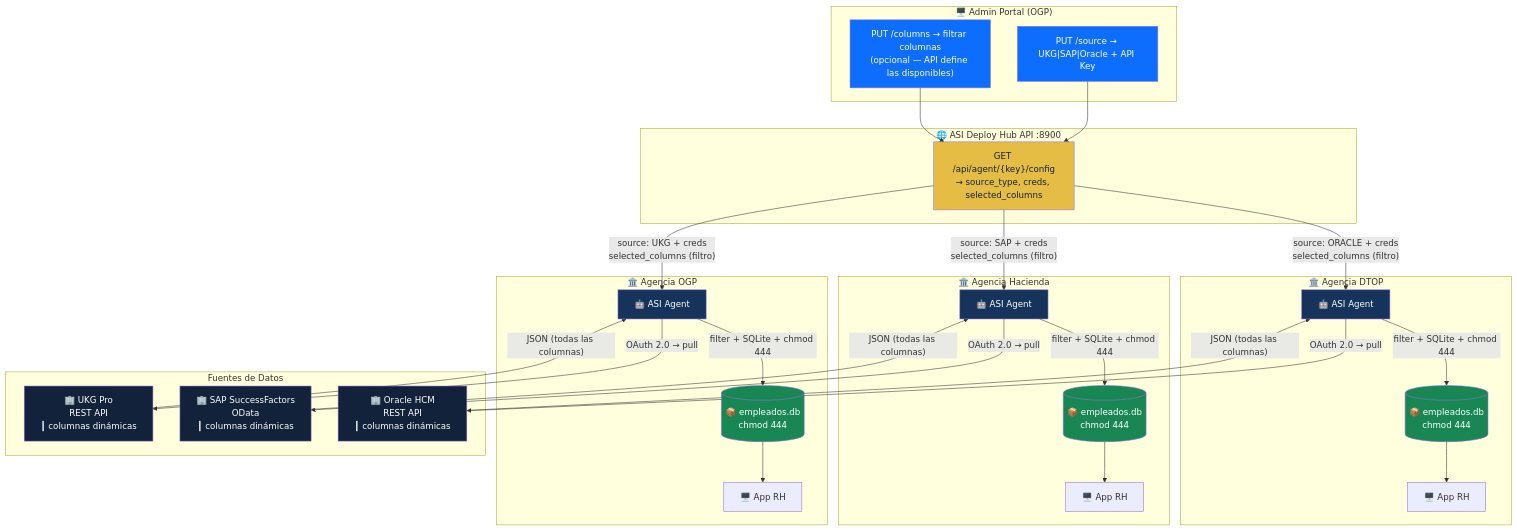
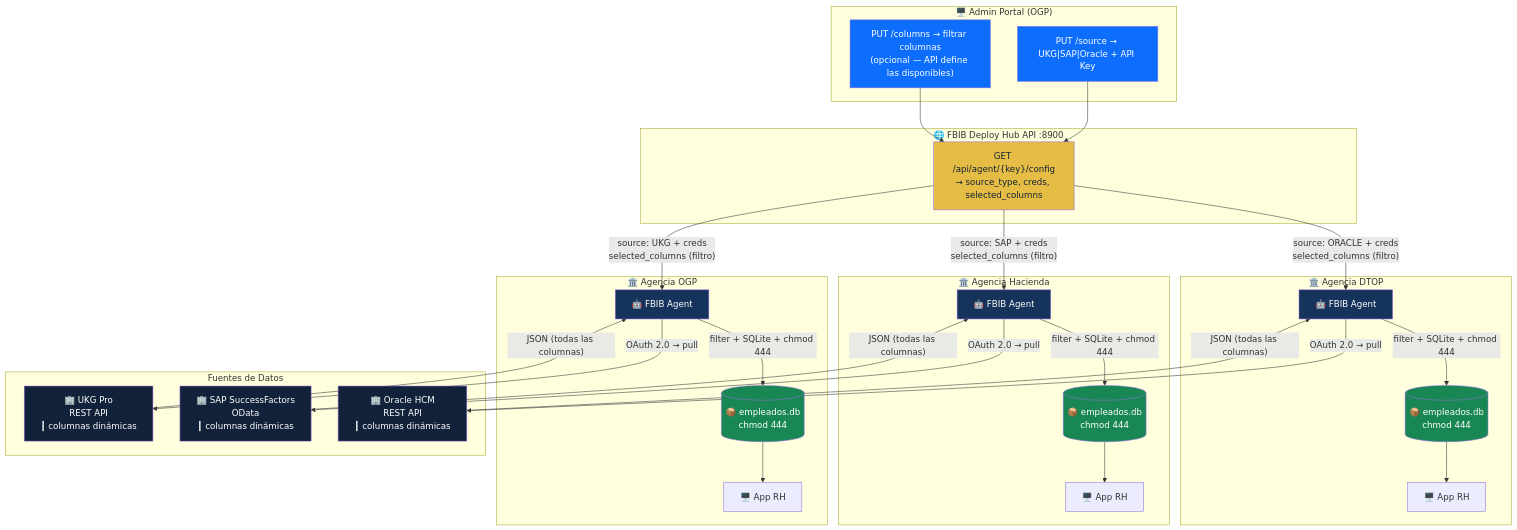
One commit to jcollazo/asi-deploy-hub changed the first of 8 diagrams in docs/ARCHITECTURE_MERMAID.md. Above: the diagram before and after it, drawn with Mermaid. The commit also changed other lines of this file and 19 other files, not shown here.

First line of the commit message:
rebrand: ASI → FBIB en todo el proyecto

````diff
--- a/docs/ARCHITECTURE_MERMAID.md
+++ b/docs/ARCHITECTURE_MERMAID.md
@@ -7,70 +7,70 @@
 ```mermaid
 graph TB
     subgraph Portal["🖥️ Admin Portal (OGP)"]
         SRC["PUT /source → UKG|SAP|Oracle + API Key"]
         COL["PUT /columns → filtrar columnas<br/>(opcional — API define las disponibles)"]
     end
 
-    subgraph Hub["🌐 ASI Deploy Hub API :8900"]
+    subgraph Hub["🌐 FBIB Deploy Hub API :8900"]
         CONFIG["GET /api/agent/{key}/config<br/>→ source_type, creds, selected_columns"]
     end
 
     subgraph Agencia1["🏛️ Agencia OGP"]
-        AG1["🤖 ASI Agent"]
+        AG1["🤖 FBIB Agent"]
         SQL1[("📦 empleados.db<br/>chmod 444")]
         APP1["🖥️ App RH"]
     end
 
     subgraph Agencia2["🏛️ Agencia Hacienda"]
-        AG2["🤖 ASI Agent"]
+        AG2["🤖 FBIB Agent"]
         SQL2[("📦 empleados.db<br/>chmod 444")]
         APP2["🖥️ App RH"]
     end
 
     subgraph Agencia3["🏛️ Agencia DTOP"]
-        AG3["🤖 ASI Agent"]
+        AG3["🤖 FBIB Agent"]
         SQL3[("📦 empleados.db<br/>chmod 444")]
         APP3["🖥️ App RH"]
     end
 
     subgraph Sources["Fuentes de Datos"]
         UKG["🏢 UKG Pro<br/>REST API<br/>┃ columnas dinámicas"]
         SAP["🏢 SAP SuccessFactors<br/>OData<br/>┃ columnas dinámicas"]
         ORACLE["🏢 Oracle HCM<br/>REST API<br/>┃ columnas dinámicas"]
     end
 
     SRC --> CONFIG
     COL --> CONFIG
     CONFIG -->|"source: UKG + creds<br/>selected_columns (filtro)"| AG1
     CONFIG -->|"source: SAP + creds<br/>selected_columns (filtro)"| AG2
     CONFIG -->|"source: ORACLE + creds<br/>selected_columns (filtro)"| AG3
 
     AG1 -->|"OAuth 2.0 → pull"| UKG
     AG2 -->|"OAuth 2.0 → pull"| SAP
     AG3 -->|"OAuth 2.0 → pull"| ORACLE
 
     UKG -->|"JSON (todas las columnas)"| AG1
     SAP -->|"JSON (todas las columnas)"| AG2
     ORACLE -->|"JSON (todas las columnas)"| AG3
 
     AG1 -->|"filter + SQLite + chmod 444"| SQL1
     AG2 -->|"filter + SQLite + chmod 444"| SQL2
     AG3 -->|"filter + SQLite + chmod 444"| SQL3
 
     SQL1 --> APP1
     SQL2 --> APP2
     SQL3 --> APP3
 
     style SRC fill:#0D6EFD,color:#fff
     style COL fill:#0D6EFD,color:#fff
     style CONFIG fill:#E5BD44,color:#12223A
     style UKG fill:#12223A,color:#fff
     style SAP fill:#12223A,color:#fff
     style ORACLE fill:#12223A,color:#fff
     style AG1 fill:#16335C,color:#fff
     style AG2 fill:#16335C,color:#fff
     style AG3 fill:#16335C,color:#fff
     style SQL1 fill:#198754,color:#fff
     style SQL2 fill:#198754,color:#fff
     style SQL3 fill:#198754,color:#fff
 ```
````
